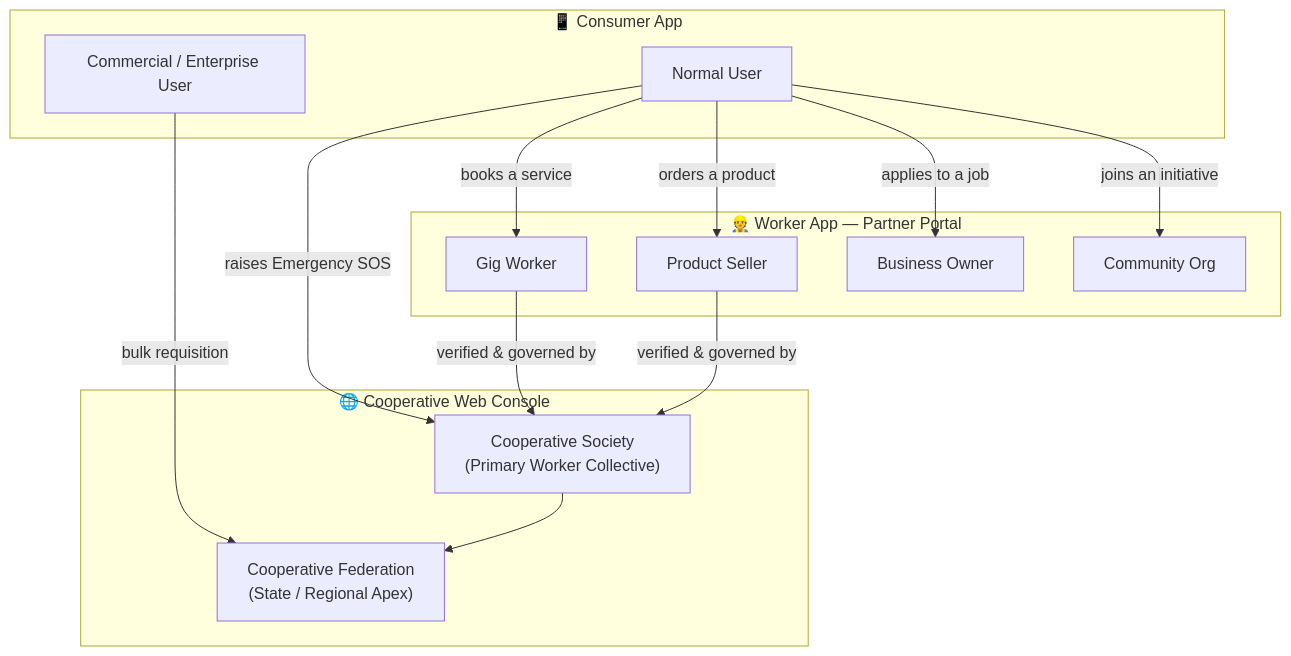
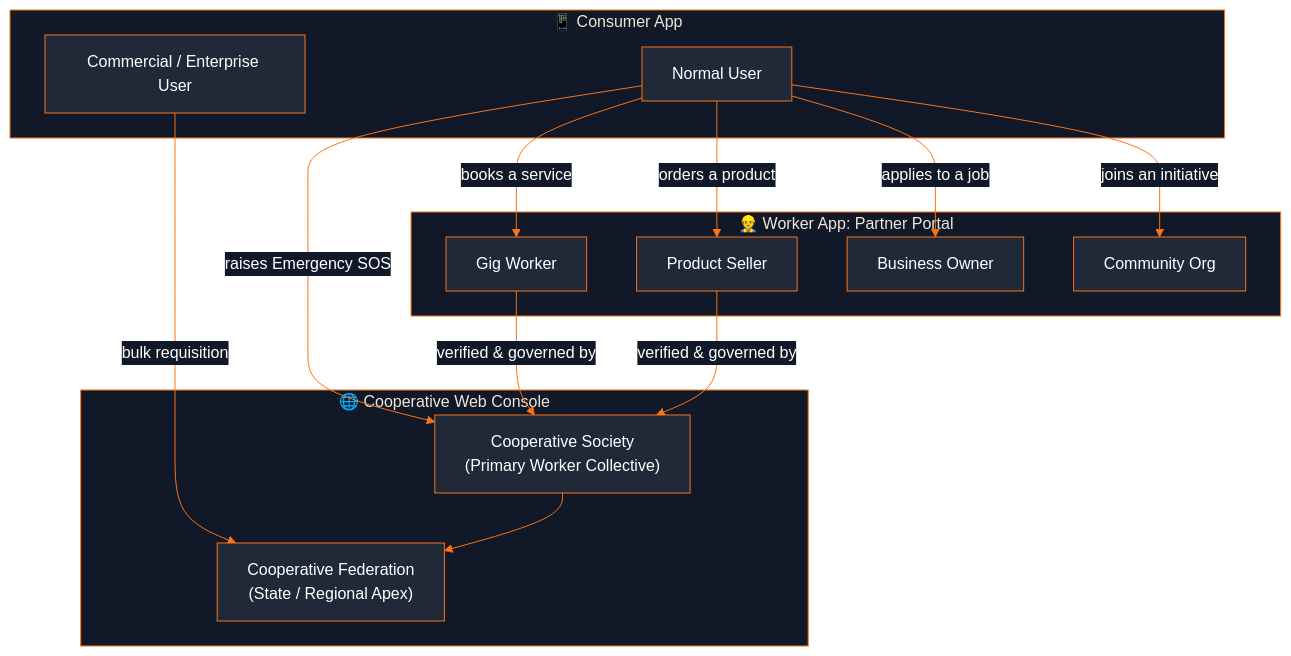
One commit to ansh-kukreja/SkillsKart changed the first of 5 diagrams in README.md. Above: the diagram before and after it, drawn with Mermaid. The commit also changed other lines of this file, not shown here.

````diff
--- a/README.md
+++ b/README.md
@@ -94,30 +97,31 @@
 ```mermaid
+%%{init: {'theme':'base', 'themeVariables': {'primaryColor':'#1F2937','primaryTextColor':'#FFFFFF','primaryBorderColor':'#F97316','lineColor':'#F97316','secondaryColor':'#374151','tertiaryColor':'#111827','clusterBkg':'#111827','clusterBorder':'#F97316','edgeLabelBackground':'#111827'}}}%%
 flowchart TB
     subgraph Demand["📱 Consumer App"]
         NU["Normal User"]
         EU["Commercial / Enterprise User"]
     end
 
-    subgraph Partners["👷 Worker App — Partner Portal"]
+    subgraph Partners["👷 Worker App: Partner Portal"]
         GW["Gig Worker"]
         PS["Product Seller"]
         BO["Business Owner"]
         CO["Community Org"]
     end
 
     subgraph Governance["🌐 Cooperative Web Console"]
         SOC["Cooperative Society\n(Primary Worker Collective)"]
         FED["Cooperative Federation\n(State / Regional Apex)"]
     end
 
     NU -- "books a service" --> GW
     NU -- "orders a product" --> PS
     NU -- "applies to a job" --> BO
     NU -- "joins an initiative" --> CO
     NU -- "raises Emergency SOS" --> SOC
     EU -- "bulk requisition" --> FED
 
     GW -- "verified & governed by" --> SOC
     PS -- "verified & governed by" --> SOC
     SOC --> FED
 ```
````
